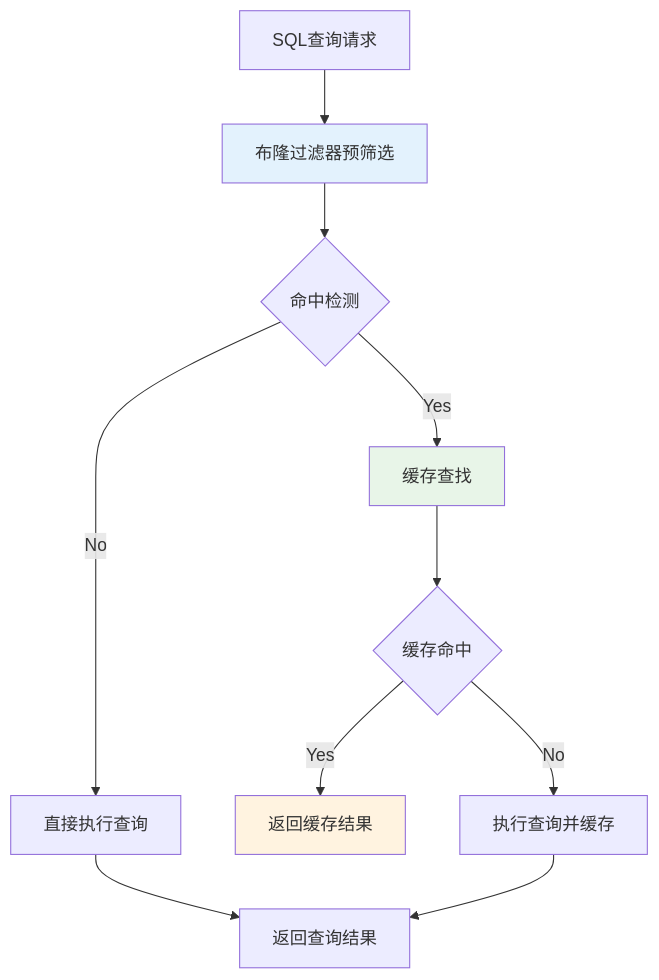
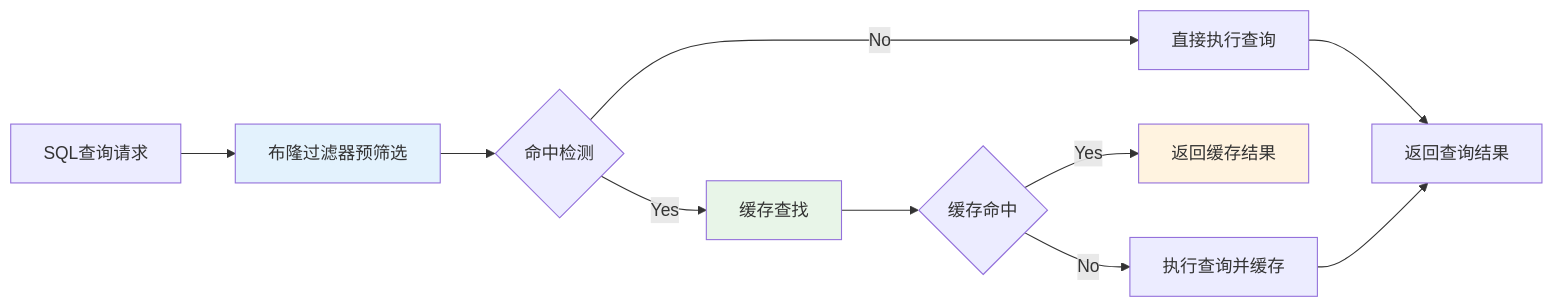
The first of 6 diagrams in md/第三章-基于布隆过滤器的SQL和CTE动态缓存技术.md (crazypenguincode/duckdb), drawn with Mermaid before and after one commit. The commit also changed other lines of this file and 5 other files, not shown here.

````diff
--- a/md/第三章-基于布隆过滤器的SQL和CTE动态缓存技术.md
+++ b/md/第三章-基于布隆过滤器的SQL和CTE动态缓存技术.md
@@ -16,16 +16,16 @@
 ```mermaid
-flowchart TD
+flowchart LR
     A[SQL查询请求] --> B[布隆过滤器预筛选]
     B --> C{命中检测}
     C -->|No| D[直接执行查询]
     C -->|Yes| E[缓存查找]
     E --> F{缓存命中}
     F -->|Yes| G[返回缓存结果]
     F -->|No| H[执行查询并缓存]
     D --> I[返回查询结果]
     H --> I
     
     style B fill:#e3f2fd
     style E fill:#e8f5e8
     style G fill:#fff3e0
 ```
````
